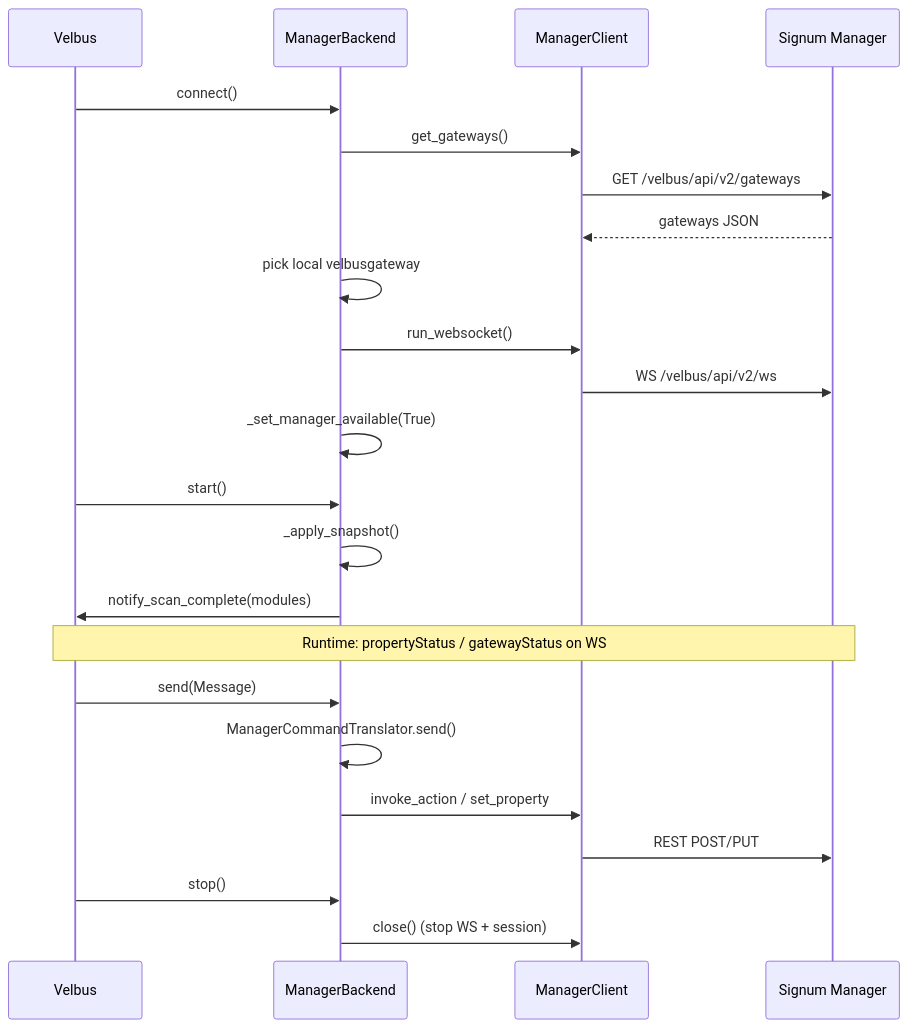
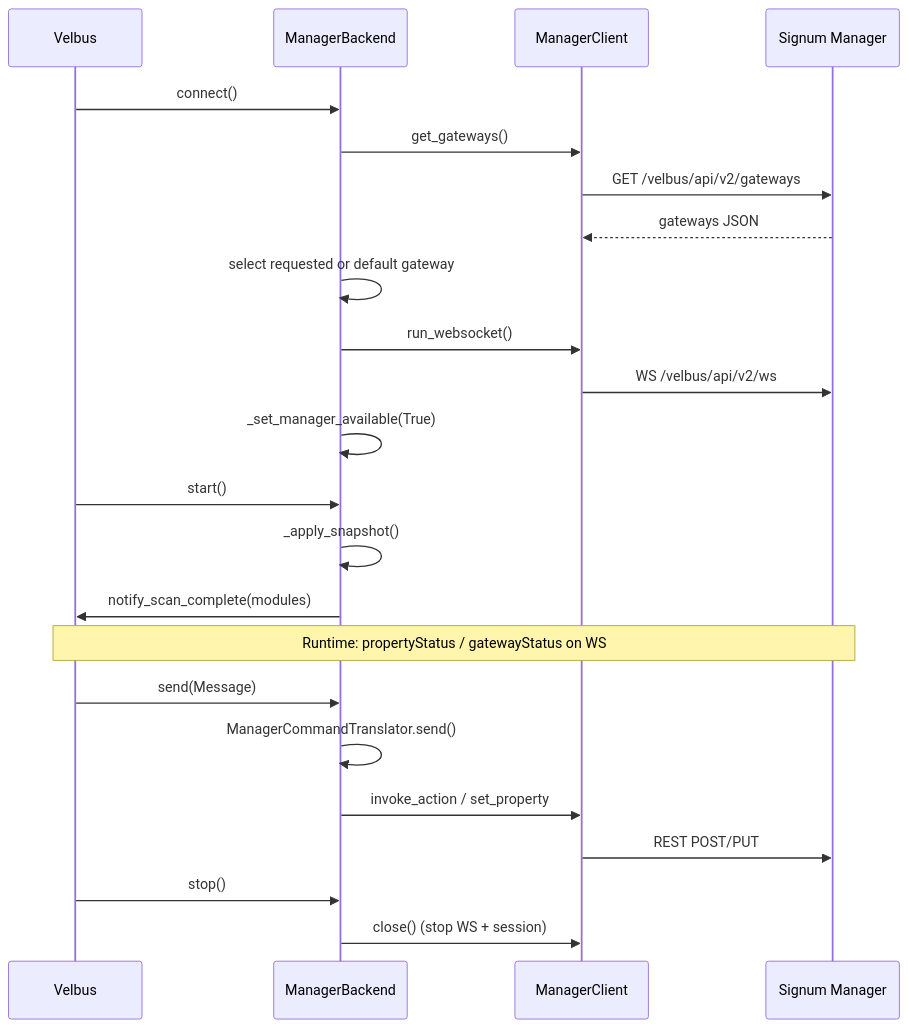
The second of 2 diagrams in docs/manager.md (cereal2nd/velbus-aio), drawn with Mermaid before and after one commit. The commit also changed other lines of this file and 6 other files, not shown here.

First line of the commit message:
Select a Velbus Manager gateway through its connection DSN (#207)

````diff
--- a/docs/manager.md
+++ b/docs/manager.md
@@ -75,29 +128,29 @@
 ```mermaid
 sequenceDiagram
     participant V as Velbus
     participant B as ManagerBackend
     participant C as ManagerClient
     participant M as Signum Manager
 
     V->>B: connect()
     B->>C: get_gateways()
     C->>M: GET /velbus/api/v2/gateways
     M-->>C: gateways JSON
-    B->>B: pick local velbusgateway
+    B->>B: select requested or default gateway
     B->>C: run_websocket()
     C->>M: WS /velbus/api/v2/ws
     B->>B: _set_manager_available(True)
 
     V->>B: start()
     B->>B: _apply_snapshot()
     B->>V: notify_scan_complete(modules)
 
     Note over V,M: Runtime: propertyStatus / gatewayStatus on WS
     V->>B: send(Message)
     B->>B: ManagerCommandTranslator.send()
     B->>C: invoke_action / set_property
     C->>M: REST POST/PUT
 
     V->>B: stop()
     B->>C: close() (stop WS + session)
 ```
````
